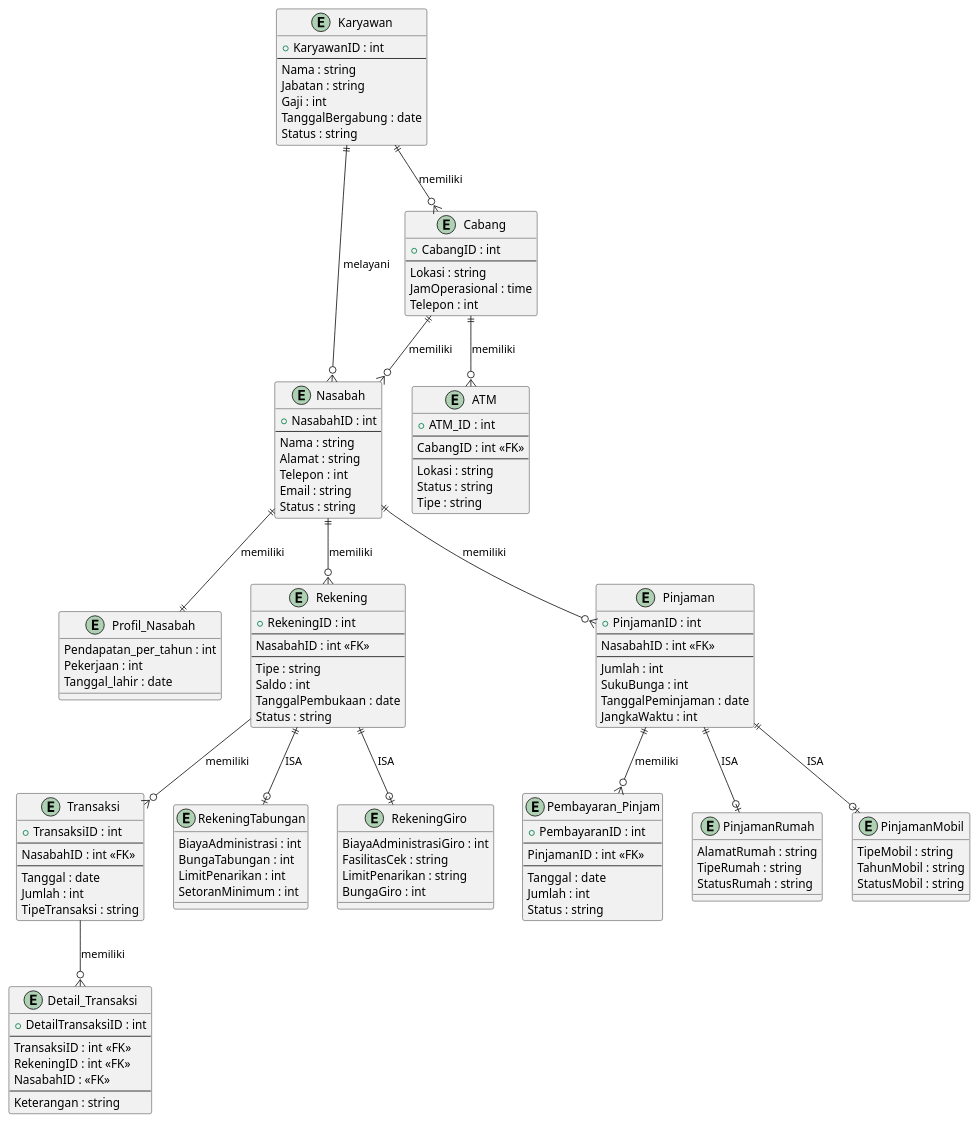
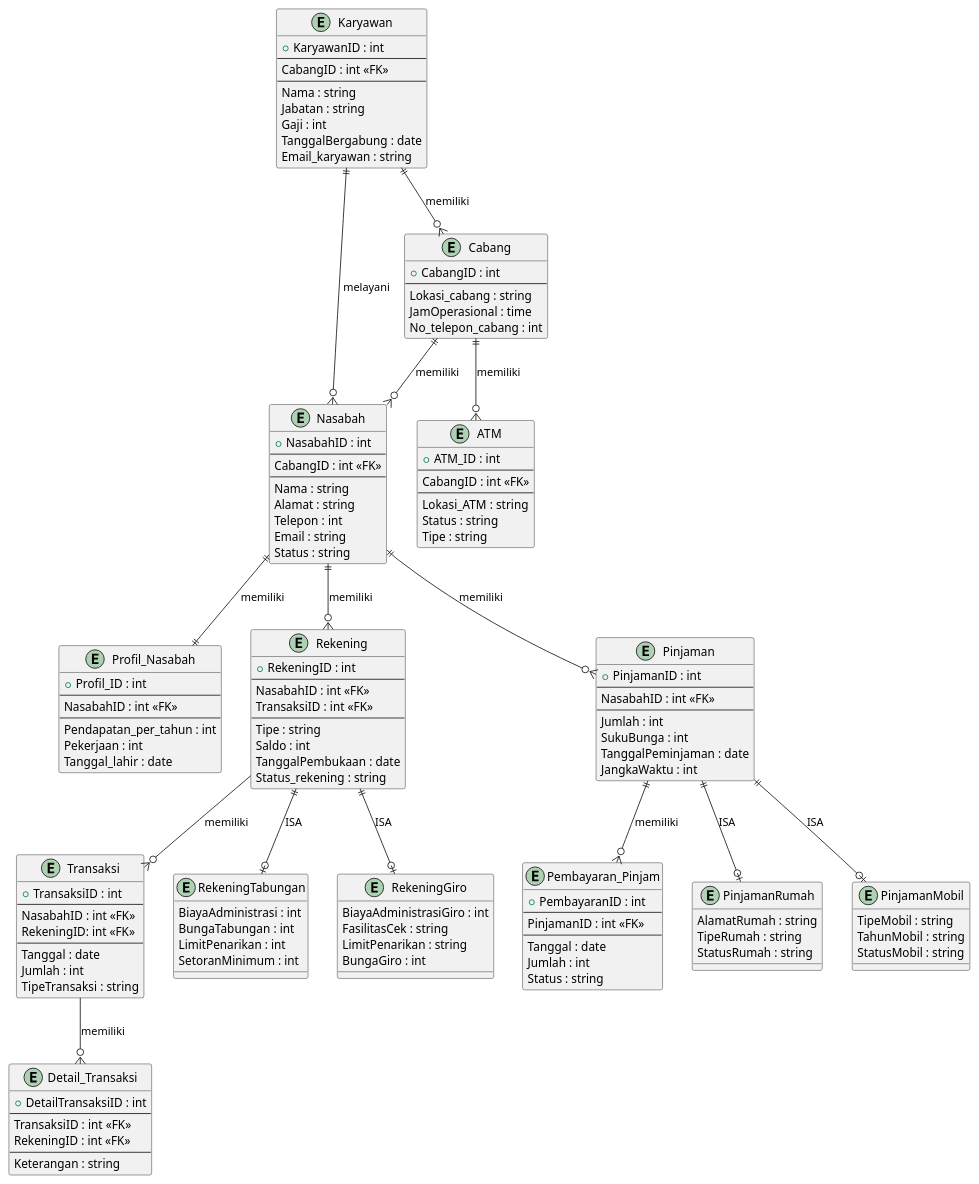
One commit to destinkendenan/IE-Diagram---Bank changed the diagram in ie_bank.puml. Above: the diagram before and after it, drawn with PlantUML.

Commit message:
menambahkan ie bank baru

```diff
--- a/ie_bank.puml
+++ b/ie_bank.puml
@@ -1,125 +1,133 @@
 @startuml
 entity "Nasabah" {
     +NasabahID : int
+    --
+    CabangID : int <<FK>>
     --
     Nama : string
     Alamat : string
     Telepon : int
     Email : string
     Status : string
 }
 entity "Profil_Nasabah" {
+    +Profil_ID : int
+    --
+    NasabahID : int <<FK>>
+    --
     Pendapatan_per_tahun : int
     Pekerjaan : int
     Tanggal_lahir : date
 }
 entity "Rekening" {
     +RekeningID : int
     --
     NasabahID : int <<FK>>
+    TransaksiID : int <<FK>>
     --
     Tipe : string
     Saldo : int
     TanggalPembukaan : date
-    Status : string
+    Status_rekening : string
 }
 entity "Transaksi" {
     +TransaksiID : int
     --
     NasabahID : int <<FK>>
+    RekeningID: int <<FK>>
     --
     Tanggal : date
     Jumlah : int
     TipeTransaksi : string
 }
 entity "Detail_Transaksi" {
     +DetailTransaksiID : int
     ---
     TransaksiID : int <<FK>>
     RekeningID : int <<FK>>
-    NasabahID : <<FK>>
     --
     Keterangan : string
 }
 entity "Karyawan" {
     +KaryawanID : int
     --
+    CabangID : int <<FK>>
+    --
     Nama : string
     Jabatan : string
     Gaji : int
     TanggalBergabung : date
-    Status : string
+    Email_karyawan : string
 }
 entity "Cabang" {
     +CabangID : int
     --
-    Lokasi : string
+    Lokasi_cabang : string
     JamOperasional : time
-    Telepon : int
+    No_telepon_cabang : int
 }
 entity "Pinjaman" {
     +PinjamanID : int
     --
     NasabahID : int <<FK>>
     --
     Jumlah : int
     SukuBunga : int
     TanggalPeminjaman : date
     JangkaWaktu : int
 }
 entity "Pembayaran_Pinjam" {
     +PembayaranID : int
     --
     PinjamanID : int <<FK>>
     --
     Tanggal : date
     Jumlah : int
     Status : string
 }
 entity "ATM" {
     +ATM_ID : int
     --
     CabangID : int <<FK>>
     --
-    Lokasi : string
+    Lokasi_ATM : string
     Status : string
     Tipe : string
 }
 entity "PinjamanRumah" {
     AlamatRumah : string
     TipeRumah : string
     StatusRumah : string
 }
 entity "PinjamanMobil" {
     TipeMobil : string
     TahunMobil : string
     StatusMobil : string
 }
 entity "RekeningTabungan" {
     BiayaAdministrasi : int
     BungaTabungan : int
     LimitPenarikan : int
     SetoranMinimum : int
 }
 entity "RekeningGiro"{
     BiayaAdministrasiGiro : int
     FasilitasCek : string
     LimitPenarikan : string
     BungaGiro : int
 }
 Karyawan ||--o{ Nasabah : "melayani"
 Nasabah ||--o{ Rekening : "memiliki"
 Nasabah ||--o{ Pinjaman : "memiliki"
 Nasabah ||--|| Profil_Nasabah : "memiliki"
 Rekening }O--o{ Transaksi : "memiliki"
 Rekening ||--o| RekeningGiro : "ISA"
 Rekening ||--o| RekeningTabungan : "ISA"
 Transaksi }O--o{ Detail_Transaksi : "memiliki"
 Karyawan ||--o{ Cabang : "memiliki"
 Cabang ||--o{ ATM : "memiliki"
 Cabang ||--o{ Nasabah : "memiliki"
 Pinjaman ||--o{ Pembayaran_Pinjam : "memiliki"
 Pinjaman ||--o| PinjamanRumah : "ISA"
 Pinjaman ||--o| PinjamanMobil : "ISA"
-
 @enduml
```
